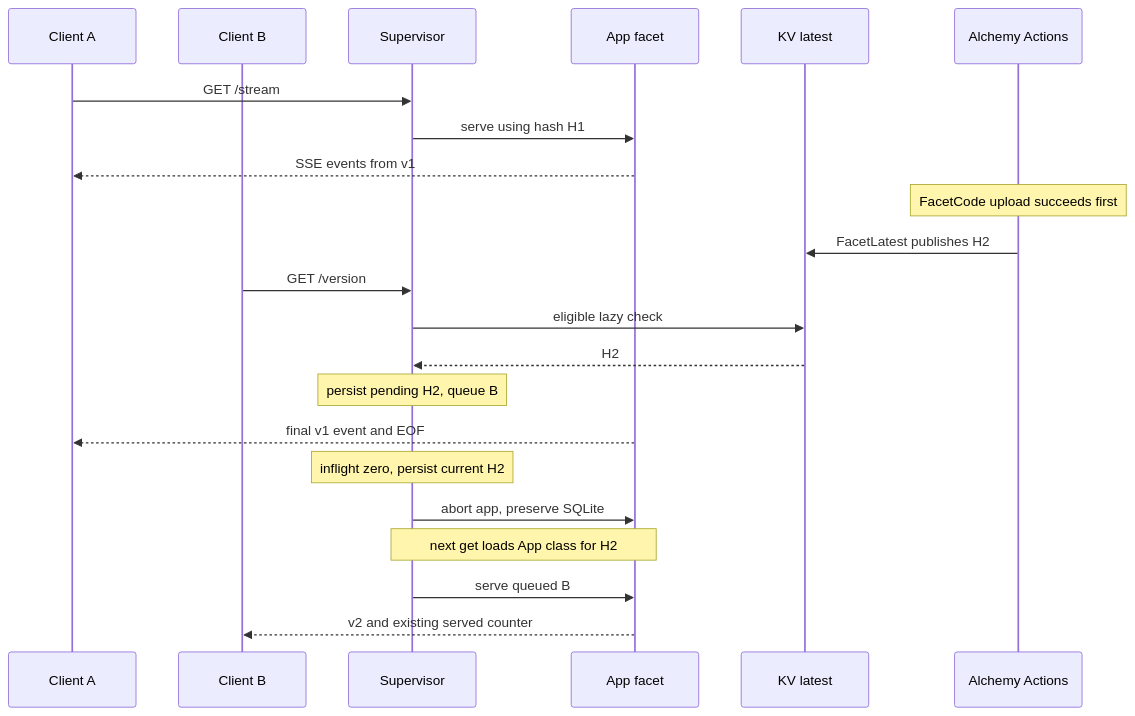
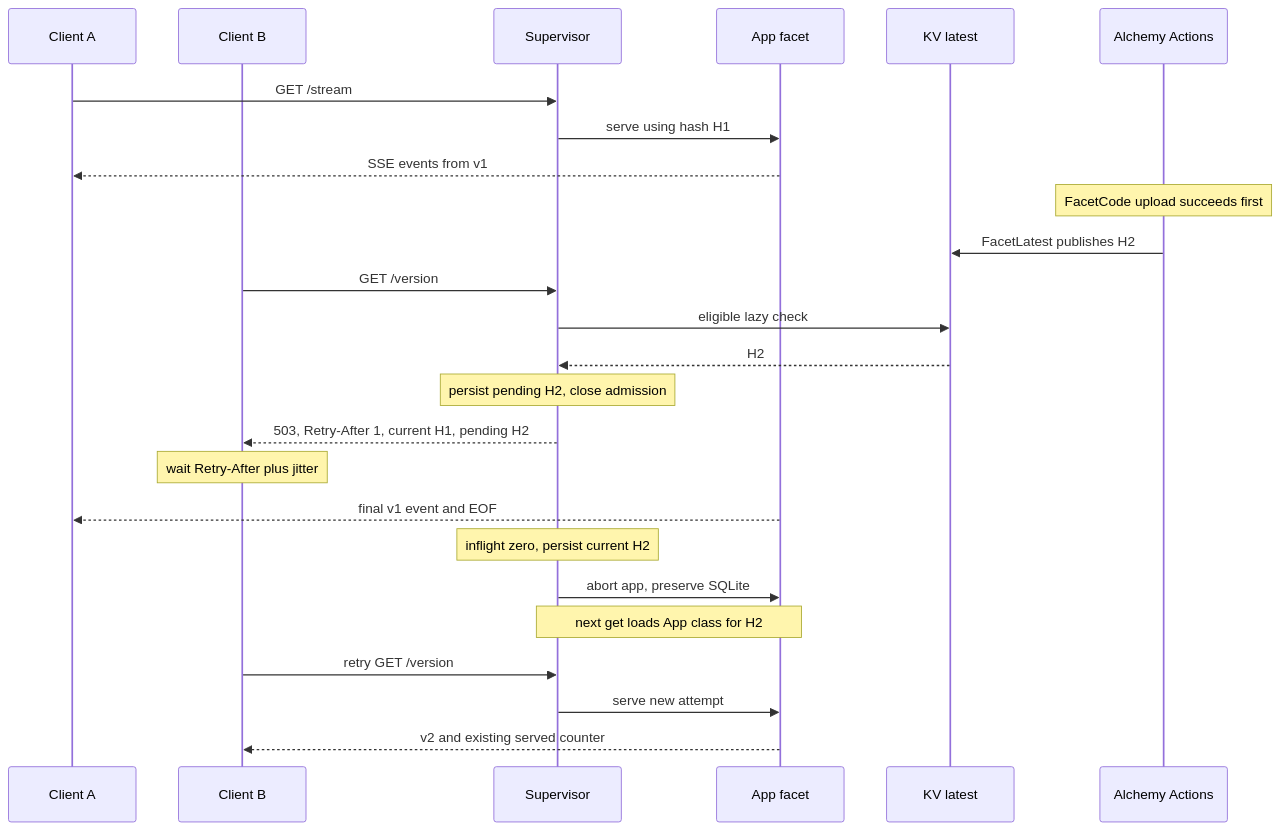
Before and after one commit to boarush/facet-swap: the fourth of 4 diagrams in README.md, drawn with Mermaid. The commit also changed other lines of this file, not shown here.

Commit message:
Document reject-and-retry admission during facet updates

````diff
--- a/README.md
+++ b/README.md
@@ -122,24 +124,27 @@
 ```mermaid
 sequenceDiagram
   participant A as Client A
   participant B as Client B
   participant S as Supervisor
   participant F as App facet
   participant KV as KV latest
   participant P as Alchemy Actions
   A->>S: GET /stream
   S->>F: serve using hash H1
   F-->>A: SSE events from v1
   Note over P: FacetCode upload succeeds first
   P->>KV: FacetLatest publishes H2
   B->>S: GET /version
   S->>KV: eligible lazy check
   KV-->>S: H2
-  Note over S: persist pending H2, queue B
+  Note over S: persist pending H2, close admission
+  S-->>B: 503, Retry-After 1, current H1, pending H2
+  Note over B: wait Retry-After plus jitter
   F-->>A: final v1 event and EOF
   Note over S: inflight zero, persist current H2
   S->>F: abort app, preserve SQLite
   Note over S,F: next get loads App class for H2
-  S->>F: serve queued B
+  B->>S: retry GET /version
+  S->>F: serve new attempt
   F-->>B: v2 and existing served counter
 ```
````
